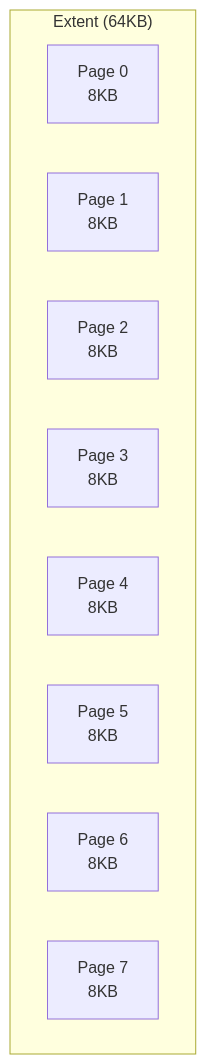
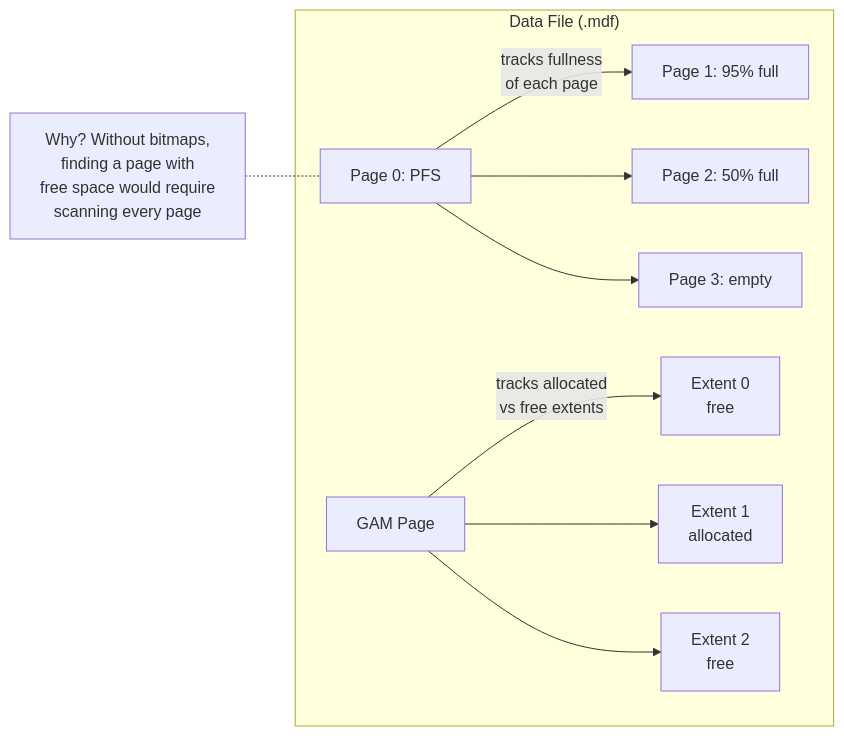
Before and after one commit to Chandra179/gitbook: the second of 2 diagrams in database/deep-dives/sql-server.md, drawn with Mermaid. The commit also changed other lines of this file and 7 other files, not shown here.

````diff
--- a/database/deep-dives/sql-server.md
+++ b/database/deep-dives/sql-server.md
@@ -14,13 +64,12 @@
 ```mermaid
-graph TD
-    subgraph "Extent (64KB)"
-        P0[Page 0<br/>8KB]
-        P1[Page 1<br/>8KB]
-        P2[Page 2<br/>8KB]
-        P3[Page 3<br/>8KB]
-        P4[Page 4<br/>8KB]
-        P5[Page 5<br/>8KB]
-        P6[Page 6<br/>8KB]
-        P7[Page 7<br/>8KB]
+flowchart LR
+    subgraph "Data File (.mdf)"
+        P0[Page 0: PFS] -->|"tracks fullness<br/>of each page"| P1["Page 1: 95% full"]
+        P0 --> P2["Page 2: 50% full"]
+        P0 --> P3["Page 3: empty"]
+        G0["GAM Page"] -->|"tracks allocated<br/>vs free extents"| E1["Extent 0<br/>free"]
+        G0 --> E2["Extent 1<br/>allocated"]
+        G0 --> E3["Extent 2<br/>free"]
     end
+    R["Why? Without bitmaps,<br/>finding a page with<br/>free space would require<br/>scanning every page"] -.- P0
 ```
````
